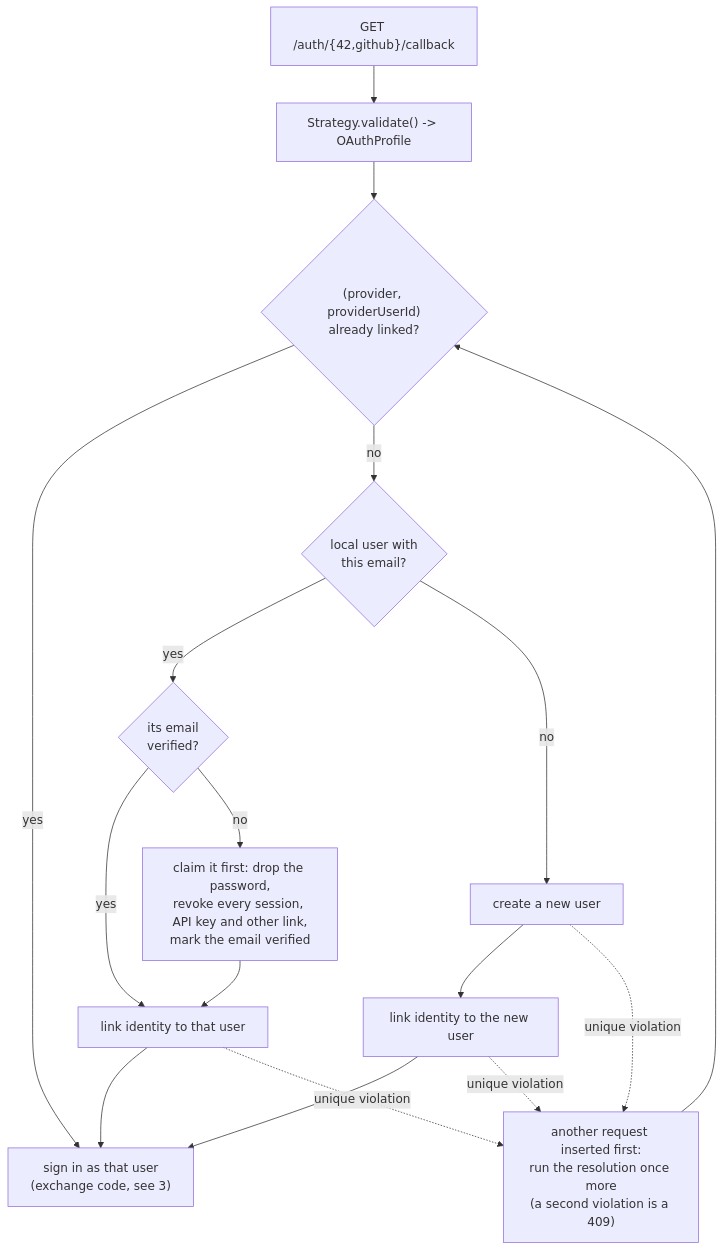
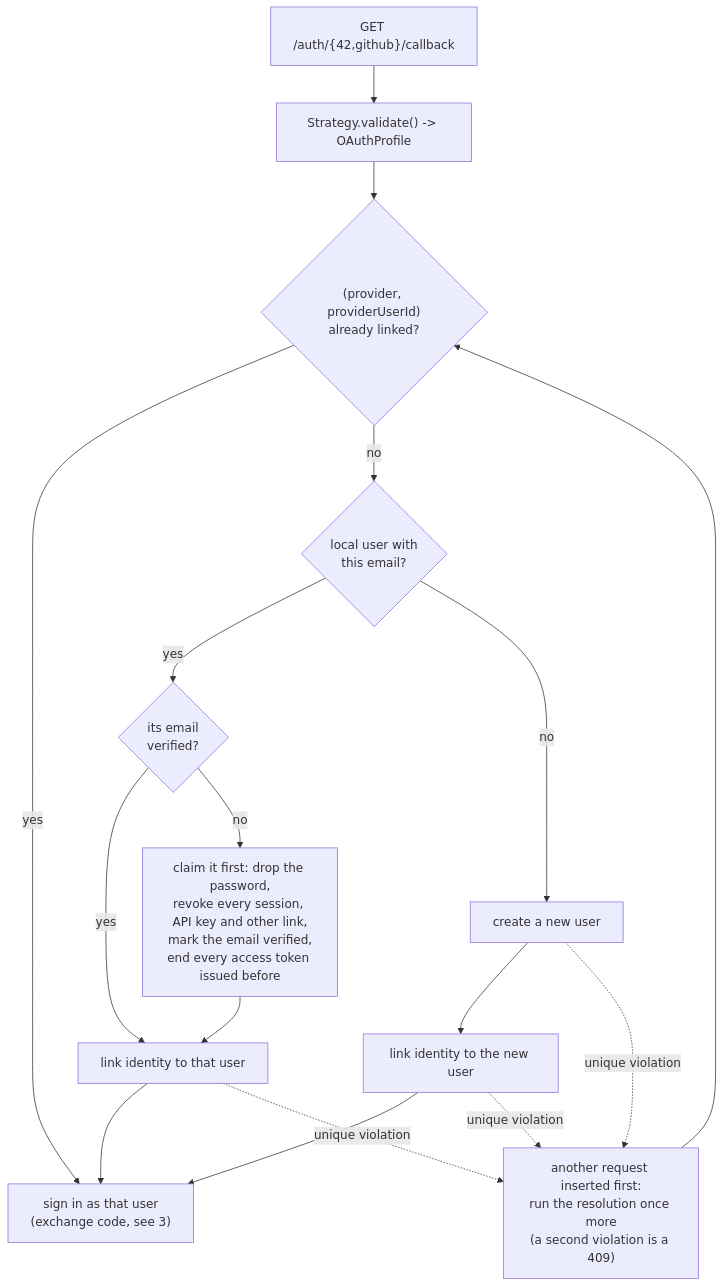
One commit to kidp8479/42_hypertube changed the seventh of 17 diagrams in docs/diagrams/auth.md. Above: the diagram before and after it, drawn with Mermaid. The commit also changed other lines of this file and 13 other files, not shown here.

First line of the commit message:
fix(HYP-149): an access token issued before an OAuth claim stops working

````diff
--- a/docs/diagrams/auth.md
+++ b/docs/diagrams/auth.md
@@ -170,17 +170,17 @@
 ```mermaid
 flowchart TD
     A["GET /auth/{42,github}/callback"] --> B["Strategy.validate() -> OAuthProfile"]
     B --> C{"(provider, providerUserId)<br/>already linked?"}
     C -- yes --> L["sign in as that user<br/>(exchange code, see 3)"]
     C -- no --> E{"local user with<br/>this email?"}
     E -- yes --> V{"its email<br/>verified?"}
     V -- yes --> G["link identity to that user"]
-    V -- no --> K["claim it first: drop the password,<br/>revoke every session, API key and other link,<br/>mark the email verified"]
+    V -- no --> K["claim it first: drop the password,<br/>revoke every session, API key and other link,<br/>mark the email verified,<br/>end every access token issued before"]
     K --> G
     E -- no --> F["create a new user"]
     F --> H["link identity to the new user"]
     G --> L
     H --> L
     F & G & H -. "unique violation" .-> C2["another request inserted first:<br/>run the resolution once more<br/>(a second violation is a 409)"]
     C2 --> C
 ```
````
